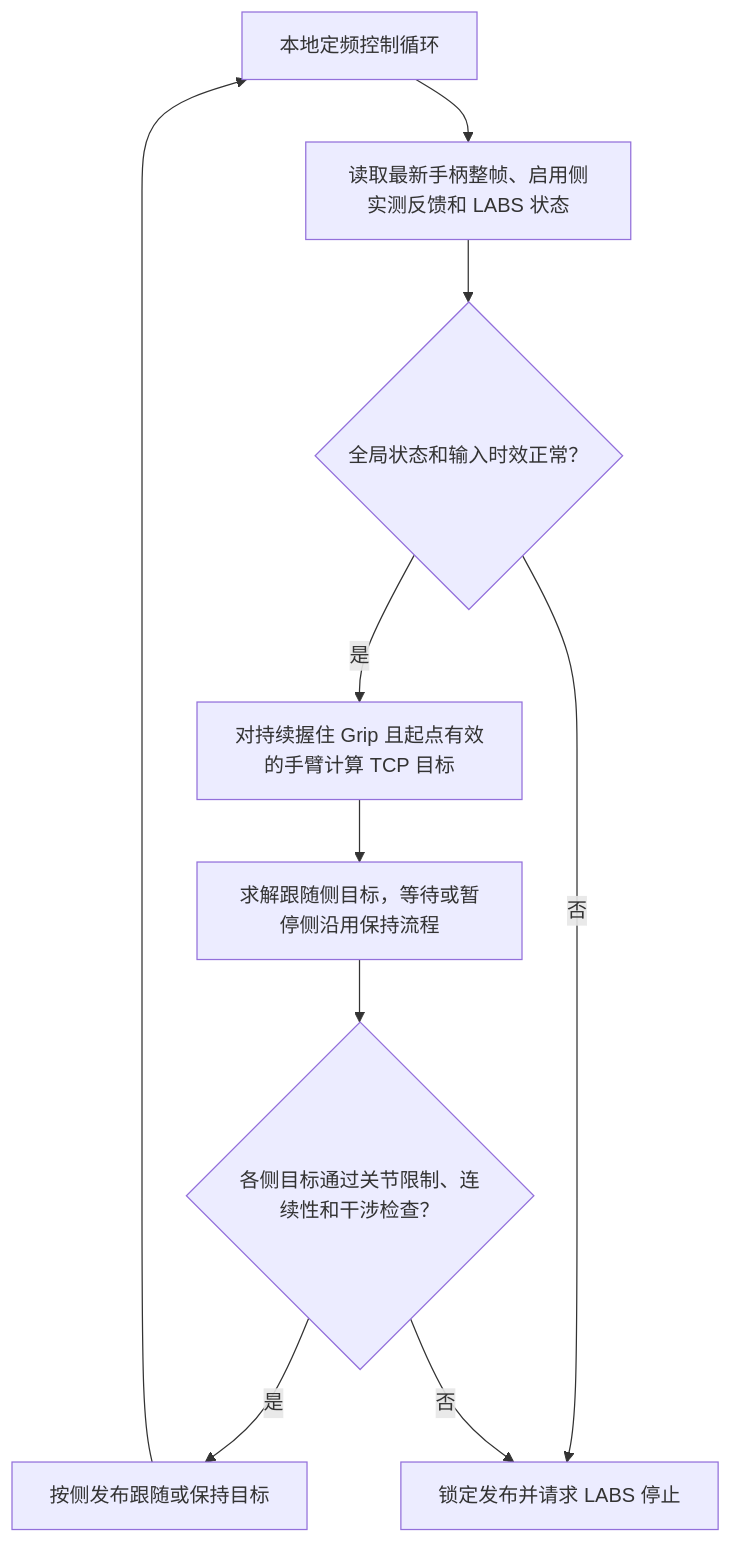
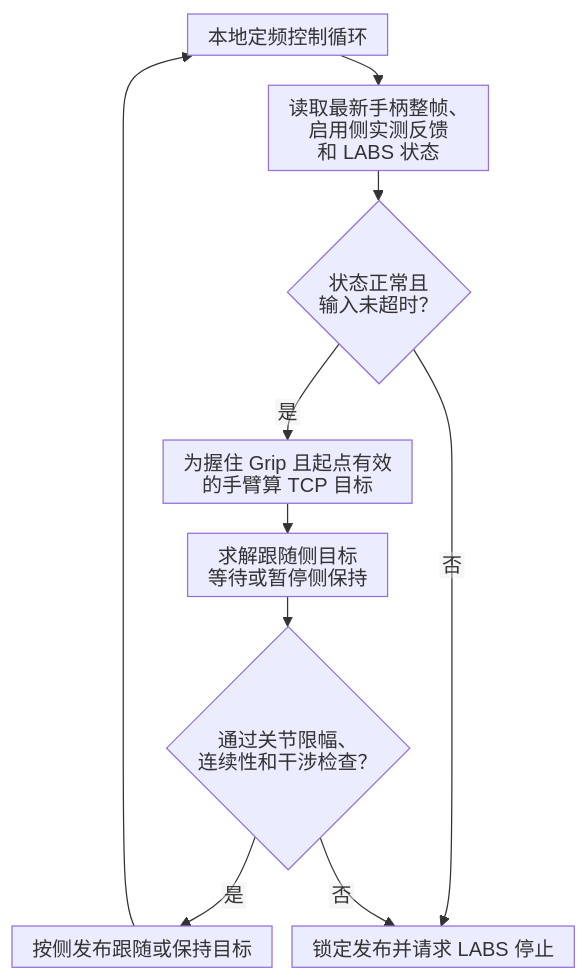
One commit to YYxzz8866/Quest-Proposal changed the second of 4 diagrams in 7、遥操作同步、跟随及异常处理.md. Above: the diagram before and after it, drawn with Mermaid. The commit also changed other lines of this file and 9 other files, not shown here.

````diff
--- a/7、遥操作同步、跟随及异常处理.md
+++ b/7、遥操作同步、跟随及异常处理.md
@@ -82,17 +58,18 @@
 ```mermaid
+%%{init: {"htmlLabels": false, "flowchart": {"htmlLabels": false, "useMaxWidth": true, "nodeSpacing": 16, "rankSpacing": 24, "padding": 8}}}%%
 flowchart TD
     Tick["本地定频控制循环"]
-    Read["读取最新手柄整帧、启用侧实测反馈和 LABS 状态"]
-    Check{"全局状态和输入时效正常？"}
-    Map["对持续握住 Grip 且起点有效的手臂计算 TCP 目标"]
-    Solve["求解跟随侧目标，等待或暂停侧沿用保持流程"]
-    OutputOk{"各侧目标通过关节限制、连续性和干涉检查？"}
+    Read["读取最新手柄整帧、<br/>启用侧实测反馈<br/>和 LABS 状态"]
+    Check{"状态正常且<br/>输入未超时？"}
+    Map["为握住 Grip 且起点有效<br/>的手臂算 TCP 目标"]
+    Solve["求解跟随侧目标<br/>等待或暂停侧保持"]
+    OutputOk{"通过关节限幅、<br/>连续性和干涉检查？"}
     Send["按侧发布跟随或保持目标"]
     Stop["锁定发布并请求 LABS 停止"]
 
     Tick --> Read --> Check
     Check -->|是| Map --> Solve --> OutputOk
     Check -->|否| Stop
     OutputOk -->|是| Send --> Tick
     OutputOk -->|否| Stop
 ```
````
